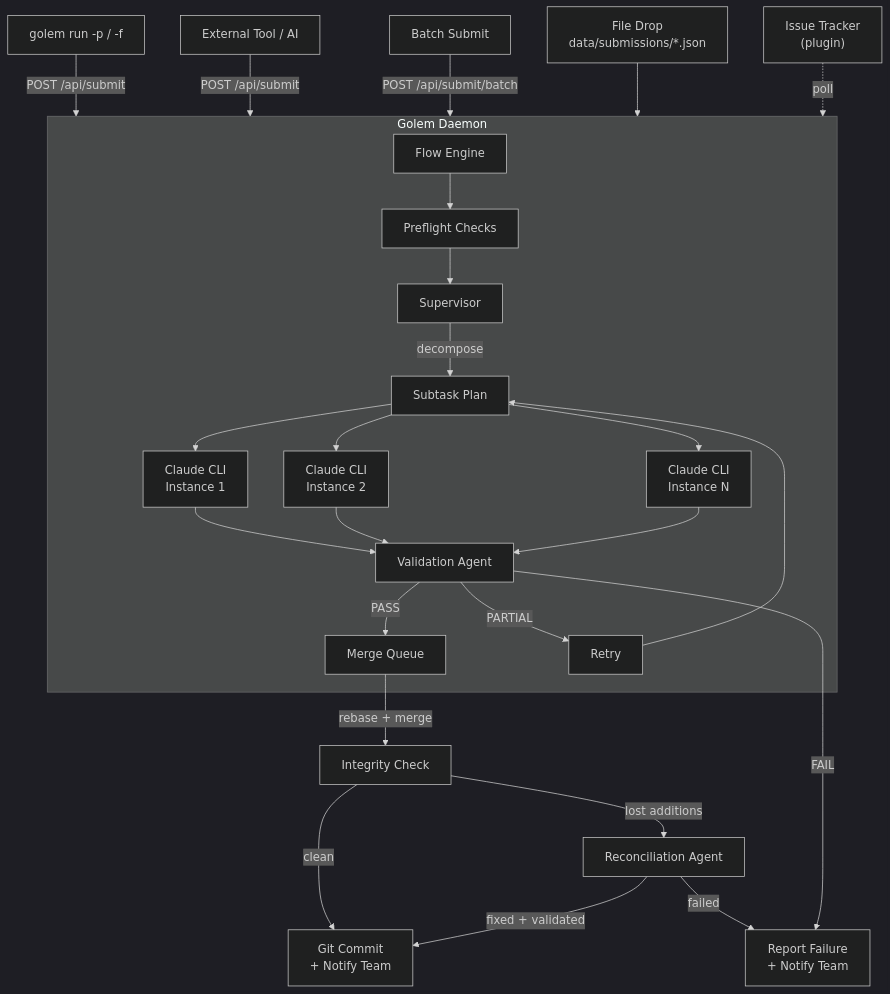
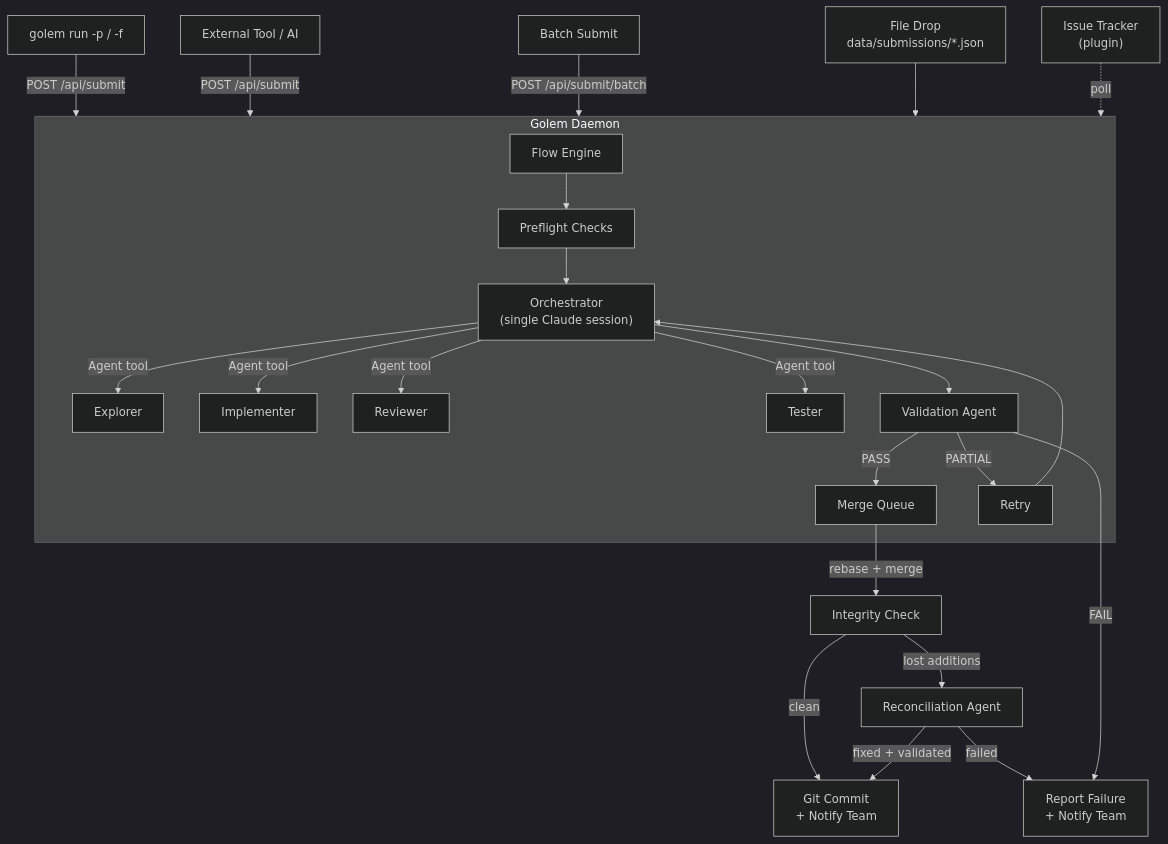
The first of 4 diagrams in README.md (itsmeboris/Golem), drawn with Mermaid (dark theme) before and after one commit. The commit also changed other lines of this file and 53 other files, not shown here.

First line of the commit message:
Replace old sequential supervisor with subagent orchestrator, clean up stale references, add .claude project config

````diff
--- a/README.md
+++ b/README.md
@@ -102,33 +102,31 @@
 ```mermaid
 flowchart TB
     cli["golem run -p / -f"] -- "POST /api/submit" --> daemon
     api["External Tool / AI"] -- "POST /api/submit" --> daemon
     batch["Batch Submit"] -- "POST /api/submit/batch" --> daemon
     drop["File Drop<br/>data/submissions/*.json"] --> daemon
     tracker["Issue Tracker<br/>(plugin)"] -. "poll" .-> daemon
 
     subgraph daemon ["Golem Daemon"]
         flow["Flow Engine"] --> preflight["Preflight Checks"]
-        preflight --> super["Supervisor"]
-        super -- "decompose" --> plan["Subtask Plan"]
+        preflight --> orch["Orchestrator<br/>(single Claude session)"]
 
-        plan --> claude1["Claude CLI<br/>Instance 1"]
-        plan --> claude2["Claude CLI<br/>Instance 2"]
-        plan --> claude3["Claude CLI<br/>Instance N"]
+        orch -- "Agent tool" --> explorer["Explorer"]
+        orch -- "Agent tool" --> implementer["Implementer"]
+        orch -- "Agent tool" --> reviewer["Reviewer"]
+        orch -- "Agent tool" --> tester["Tester"]
 
-        claude1 --> val["Validation Agent"]
-        claude2 --> val
-        claude3 --> val
+        orch --> val["Validation Agent"]
 
         val -- PASS --> mq["Merge Queue"]
         val -- PARTIAL --> retry["Retry"]
-        retry --> plan
+        retry --> orch
     end
 
     mq -- "rebase + merge" --> verify["Integrity Check"]
     verify -- "clean" --> commit["Git Commit<br/>+ Notify Team"]
     verify -- "lost additions" --> reconcile["Reconciliation Agent"]
     reconcile -- "fixed + validated" --> commit
     reconcile -- "failed" --> report
     val -- FAIL --> report["Report Failure<br/>+ Notify Team"]
 ```
````
